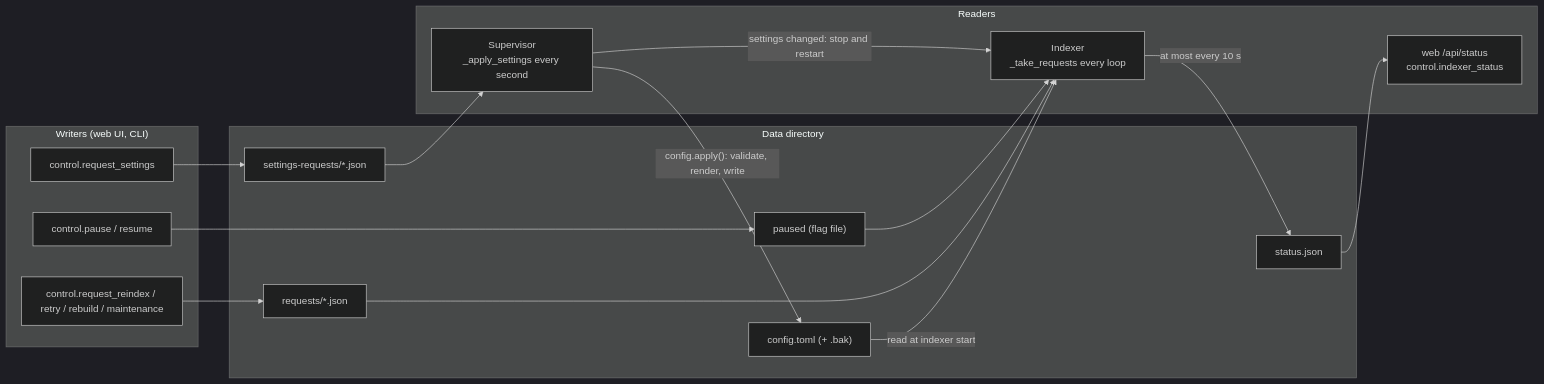
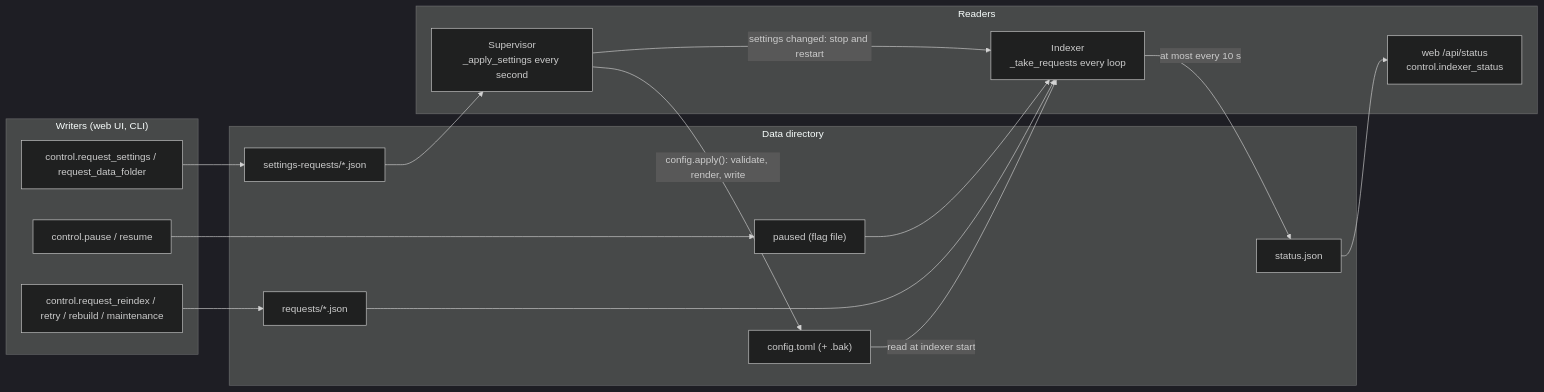
One commit to igrowing/sindex changed the tenth of 16 diagrams in architecture.md. Above: the diagram before and after it, drawn with Mermaid (dark theme). The commit also changed other lines of this file, not shown here.

````diff
--- a/architecture.md
+++ b/architecture.md
@@ -679,35 +720,35 @@
 ```mermaid
 flowchart LR
     subgraph writers["Writers (web UI, CLI)"]
         wp["control.pause / resume"]
         wr["control.request_reindex / retry / rebuild / maintenance"]
-        ws["control.request_settings"]
+        ws["control.request_settings / request_data_folder"]
     end
 
     subgraph files["Data directory"]
         paused["paused (flag file)"]
         req["requests/*.json"]
         sreq["settings-requests/*.json"]
         cfgf["config.toml (+ .bak)"]
         stat["status.json"]
     end
 
     subgraph readers["Readers"]
         Ind["Indexer<br/>_take_requests every loop"]
         Sup["Supervisor<br/>_apply_settings every second"]
         UI["web /api/status<br/>control.indexer_status"]
     end
 
     wp --> paused
     wr --> req
     ws --> sreq
 
     paused --> Ind
     req --> Ind
     sreq --> Sup
     Sup -->|"config.apply(): validate, render, write"| cfgf
     Sup -->|"settings changed: stop and restart"| Ind
     cfgf -->|"read at indexer start"| Ind
     Ind -->|"at most every 10 s"| stat
     stat --> UI
 ```
````
